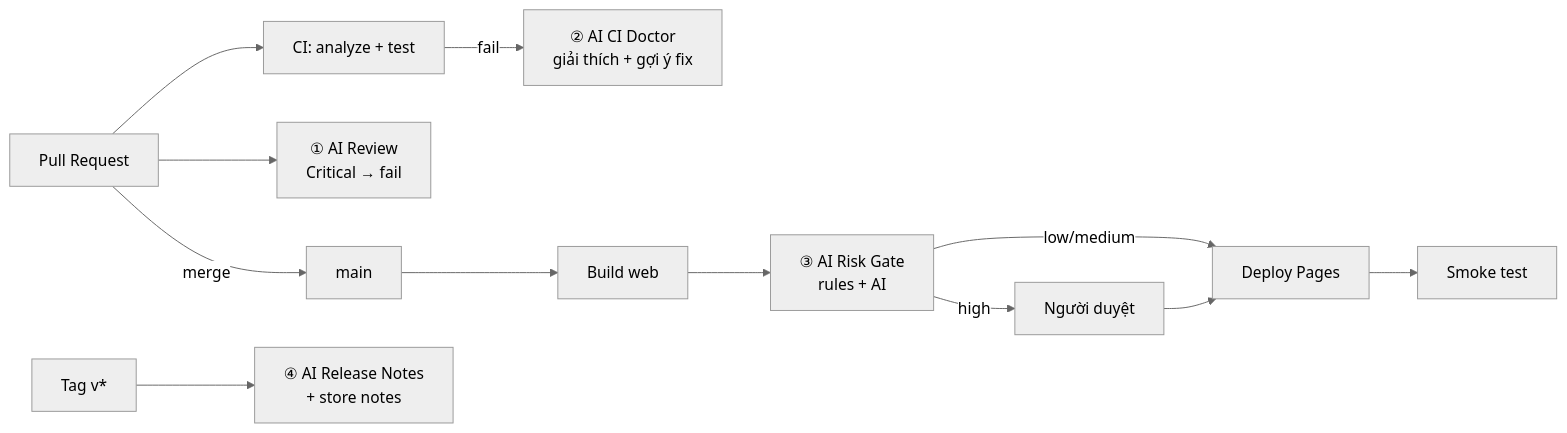
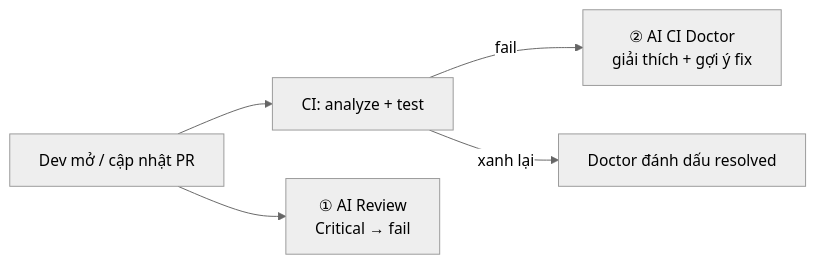
Before and after one commit to trungnt-2399/AI-in-CI-CD: the diagram in README.md, drawn with Mermaid (neutral theme). The commit also changed other lines of this file and 7 other files, not shown here.

````diff
--- a/README.md
+++ b/README.md
@@ -6,11 +7,7 @@
 ```mermaid
 flowchart LR
-  PR[Pull Request] --> CI[CI: analyze + test]
+  PR[Dev mở / cập nhật PR] --> CI[CI: analyze + test]
   PR --> REV[① AI Review<br/>Critical → fail]
   CI -- fail --> DOC[② AI CI Doctor<br/>giải thích + gợi ý fix]
-  PR -- merge --> MAIN[main]
-  MAIN --> BUILD[Build web] --> RISK[③ AI Risk Gate<br/>rules + AI]
-  RISK -- low/medium --> DEPLOY[Deploy Pages] --> SMOKE[Smoke test]
-  RISK -- high --> APPROVE[Người duyệt] --> DEPLOY
-  TAG[Tag v*] --> NOTES[④ AI Release Notes<br/>+ store notes]
+  CI -- xanh lại --> RES[Doctor đánh dấu resolved]
 ```
````
